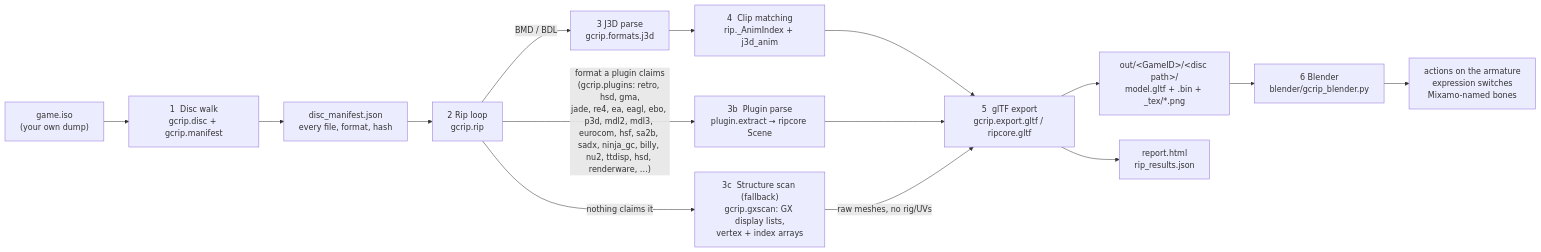
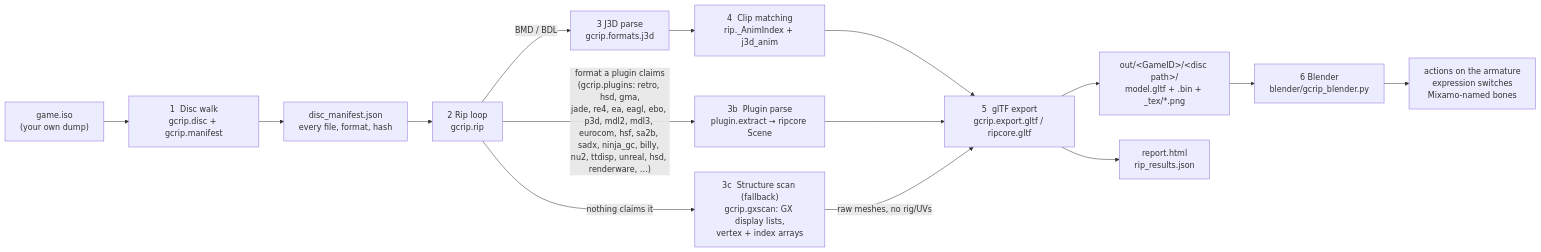
The first of 9 diagrams in docs/PIPELINE.md (Felbs/3d-ripper-9000), drawn with Mermaid before and after one commit. The commit also changed other lines of this file and 2 other files, not shown here.

First line of the commit message:
docs: Unreal Engine 2 (Ubisoft) packages in the formats ledger, engine map and Ubisoft note

````diff
--- a/docs/PIPELINE.md
+++ b/docs/PIPELINE.md
@@ -11,17 +11,17 @@
 ```mermaid
 flowchart LR
     ISO["game.iso<br/>(your own dump)"] --> WALK["1  Disc walk<br/>gcrip.disc + gcrip.manifest"]
     WALK --> MAN["disc_manifest.json<br/>every file, format, hash"]
     MAN --> RIP["2  Rip loop<br/>gcrip.rip"]
     RIP -->|"BMD / BDL"| J3D["3  J3D parse<br/>gcrip.formats.j3d"]
-    RIP -->|"format a plugin claims<br/>(gcrip.plugins: retro, hsd, gma,<br/>jade, re4, ea, eagl, ebo, p3d, mdl2, mdl3, eurocom, hsf, sa2b, sadx, ninja_gc, billy, nu2, ttdisp, hsd, renderware, …)"| PLUG["3b  Plugin parse<br/>plugin.extract → ripcore Scene"]
+    RIP -->|"format a plugin claims<br/>(gcrip.plugins: retro, hsd, gma,<br/>jade, re4, ea, eagl, ebo, p3d, mdl2, mdl3, eurocom, hsf, sa2b, sadx, ninja_gc, billy, nu2, ttdisp, unreal, hsd, renderware, …)"| PLUG["3b  Plugin parse<br/>plugin.extract → ripcore Scene"]
     RIP -->|"nothing claims it"| GX["3c  Structure scan (fallback)<br/>gcrip.gxscan: GX display lists,<br/>vertex + index arrays"]
     J3D --> ANIM["4  Clip matching<br/>rip._AnimIndex + j3d_anim"]
     ANIM --> GLTF["5  glTF export<br/>gcrip.export.gltf / ripcore.gltf"]
     PLUG --> GLTF
     GX -->|"raw meshes, no rig/UVs"| GLTF
     GLTF --> OUT["out/&lt;GameID&gt;/&lt;disc path&gt;/<br/>model.gltf + .bin + _tex/*.png"]
     GLTF --> REP["report.html<br/>rip_results.json"]
     OUT --> BL["6  Blender<br/>blender/gcrip_blender.py"]
     BL --> PLAY["actions on the armature<br/>expression switches<br/>Mixamo-named bones"]
 ```
````
